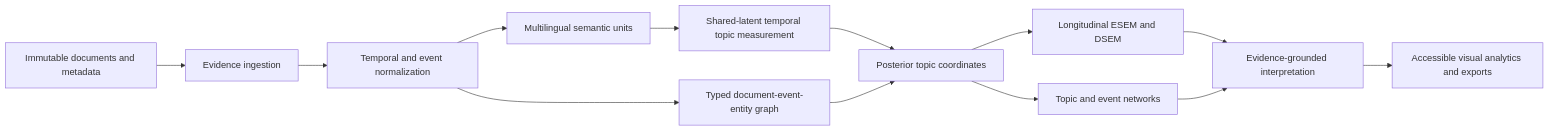
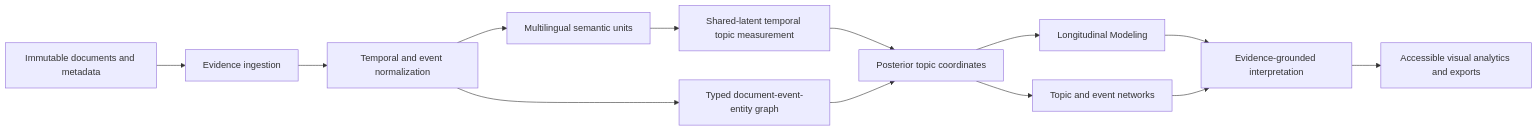
Before and after one commit to ContextualWisdomLab/TEPP: the diagram in ARCHITECTURE.md, drawn with Mermaid. The commit also changed other lines of this file, not shown here.

Commit message:
docs(ddd): separate Longitudinal Modeling ownership

````diff
--- a/ARCHITECTURE.md
+++ b/ARCHITECTURE.md
@@ -7,15 +7,15 @@
 ```mermaid
 flowchart LR
     A[Immutable documents and metadata] --> B[Evidence ingestion]
     B --> C[Temporal and event normalization]
     C --> D[Multilingual semantic units]
     D --> E[Shared-latent temporal topic measurement]
     C --> F[Typed document-event-entity graph]
     E --> G[Posterior topic coordinates]
     F --> G
-    G --> H[Longitudinal ESEM and DSEM]
+    G --> H[Longitudinal Modeling]
     G --> I[Topic and event networks]
     H --> J[Evidence-grounded interpretation]
     I --> J
     J --> K[Accessible visual analytics and exports]
 ```
````
